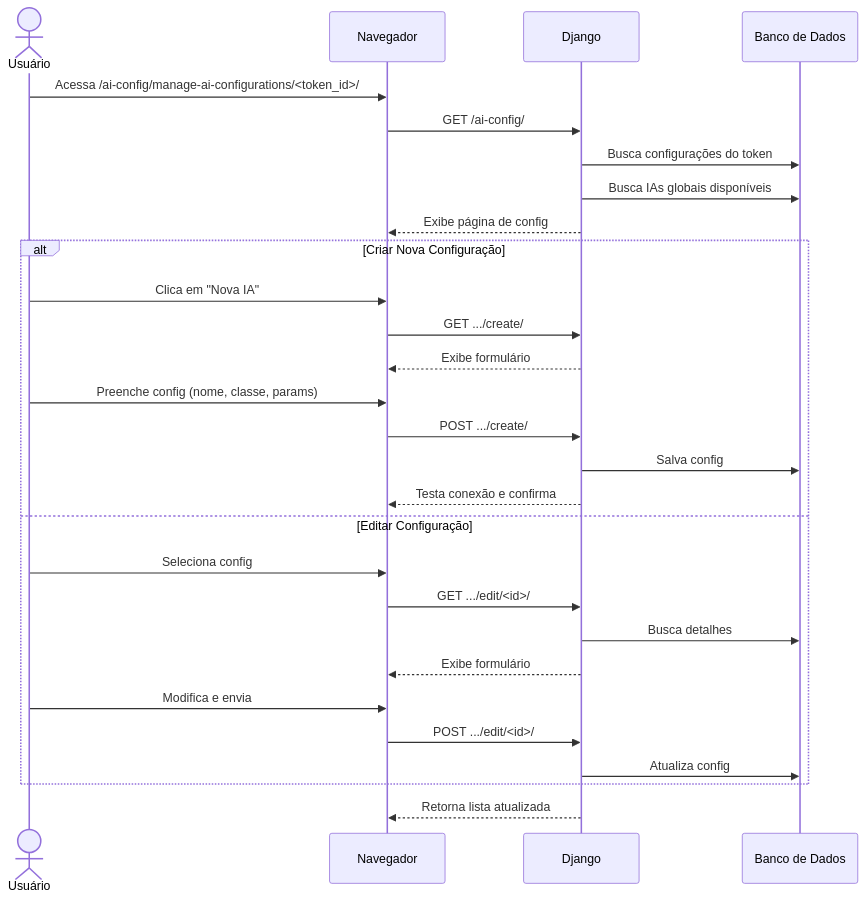
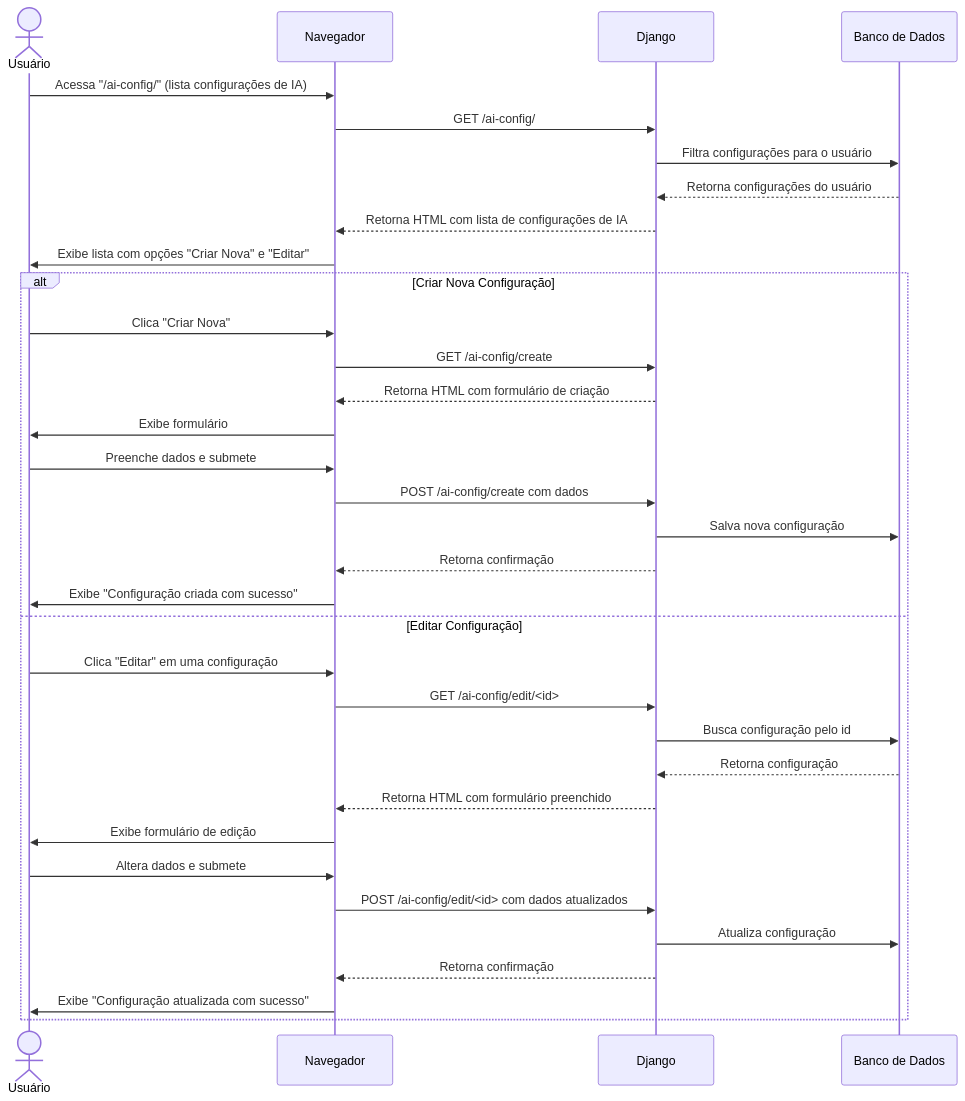
One commit to diegogrosmann/EnsinaNet.AI changed the eighth of 26 diagrams in README.md. Above: the diagram before and after it, drawn with Mermaid. The commit also changed other lines of this file and 117 other files, not shown here.

Commit message:
Adiciona novo aplicativo 'client_version' com modelos, URLs e configurações; remove arquivos de teste e atualiza configurações do projeto.

````diff
--- a/README.md
+++ b/README.md
@@ -693,32 +721,37 @@
 ```mermaid
 sequenceDiagram
     actor U as Usuário
     participant N as Navegador
     participant D as Django
     participant DB as Banco de Dados
 
-    U->>N: Acessa /ai-config/manage-ai-configurations/<token_id>/
+    U->>N: Acessa "/ai-config/" (lista configurações de IA)
     N->>D: GET /ai-config/
-    D->>DB: Busca configurações do token
-    D->>DB: Busca IAs globais disponíveis
-    D-->>N: Exibe página de config
-
+    D->>DB: Filtra configurações para o usuário
+    DB-->>D: Retorna configurações do usuário
+    D-->>N: Retorna HTML com lista de configurações de IA
+    N->>U: Exibe lista com opções "Criar Nova" e "Editar"
     alt Criar Nova Configuração
-        U->>N: Clica em "Nova IA"
-        N->>D: GET .../create/
-        D-->>N: Exibe formulário
-        U->>N: Preenche config (nome, classe, params)
-        N->>D: POST .../create/
-        D->>DB: Salva config
-        D-->>N: Testa conexão e confirma
+        U->>N: Clica "Criar Nova"
+        N->>D: GET /ai-config/create
+        D-->>N: Retorna HTML com formulário de criação
+        N->>U: Exibe formulário
+        U->>N: Preenche dados e submete
+        N->>D: POST /ai-config/create com dados
+        D->>DB: Salva nova configuração
+        D-->>N: Retorna confirmação
+        N->>U: Exibe "Configuração criada com sucesso"
     else Editar Configuração
-        U->>N: Seleciona config
-        N->>D: GET .../edit/<id>/
-        D->>DB: Busca detalhes
-        D-->>N: Exibe formulário
-        U->>N: Modifica e envia
-        N->>D: POST .../edit/<id>/
-        D->>DB: Atualiza config
+        U->>N: Clica "Editar" em uma configuração
+        N->>D: GET /ai-config/edit/<id>
+        D->>DB: Busca configuração pelo id
+        DB-->>D: Retorna configuração
+        D-->>N: Retorna HTML com formulário preenchido
+        N->>U: Exibe formulário de edição
+        U->>N: Altera dados e submete
+        N->>D: POST /ai-config/edit/<id> com dados atualizados
+        D->>DB: Atualiza configuração
+        D-->>N: Retorna confirmação
+        N->>U: Exibe "Configuração atualizada com sucesso"
     end
-    D-->>N: Retorna lista atualizada
 ```
````
